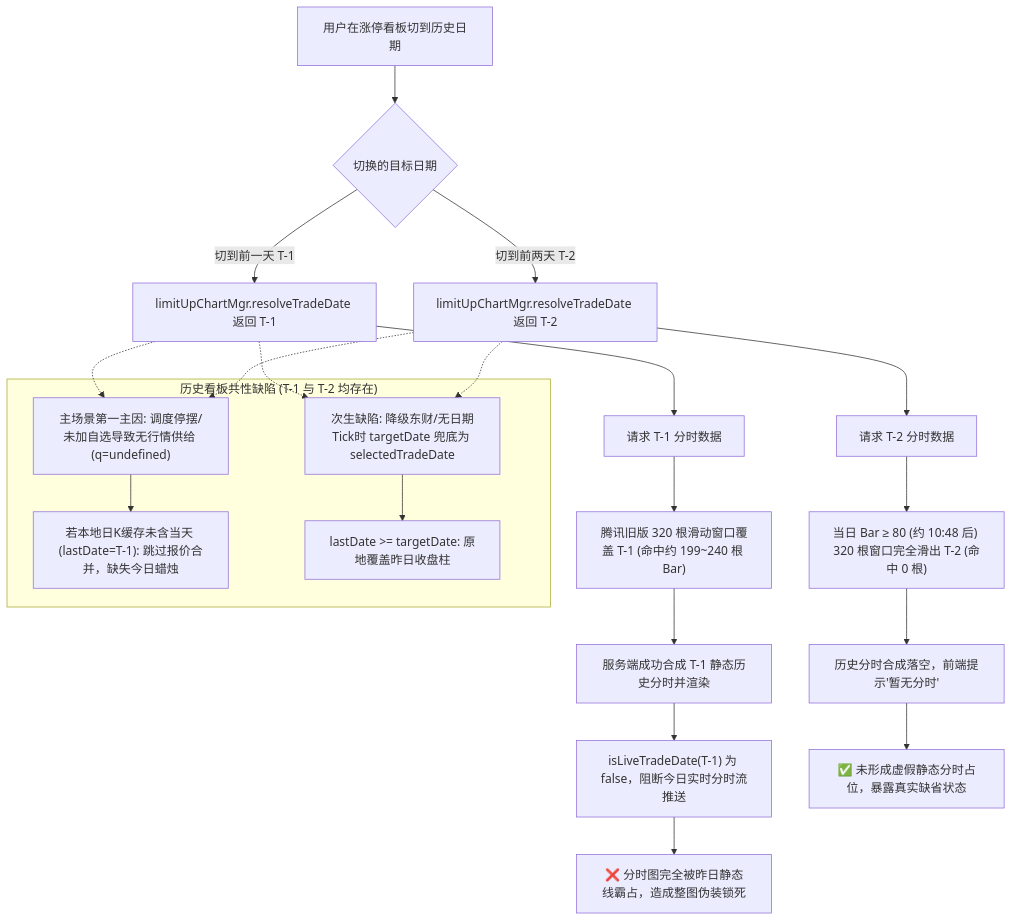
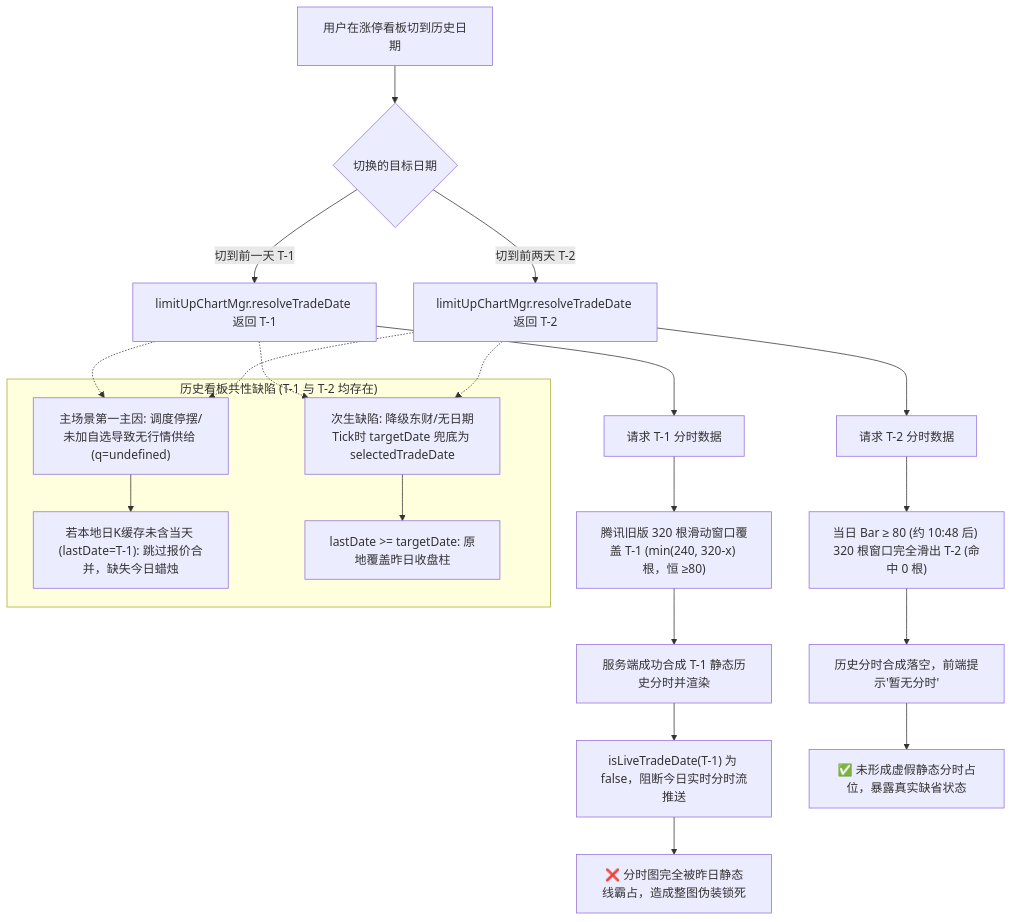
One commit to SeptYagu/market-voice-alert changed the diagram in docs/handoff/2026-09-14-limit-up-chart-date-flip-investigation-and-resolution-handoff.md. Above: the diagram before and after it, drawn with Mermaid. The commit also changed other lines of this file and 2 other files, not shown here.

````diff
--- a/docs/handoff/2026-09-14-limit-up-chart-date-flip-investigation-and-resolution-handoff.md
+++ b/docs/handoff/2026-09-14-limit-up-chart-date-flip-investigation-and-resolution-handoff.md
@@ -16,28 +16,28 @@
 ```mermaid
 flowchart TD
     A["用户在涨停看板切到历史日期"] --> B{"切换的目标日期"}
     B -->|切到前一天 T-1| C["limitUpChartMgr.resolveTradeDate 返回 T-1"]
     B -->|切到前两天 T-2| D["limitUpChartMgr.resolveTradeDate 返回 T-2"]
     
     C --> E["请求 T-1 分时数据"]
-    E --> F["腾讯旧版 320 根滑动窗口覆盖 T-1 (命中约 199~240 根 Bar)"]
+    E --> F["腾讯旧版 320 根滑动窗口覆盖 T-1 (min(240, 320-x) 根，恒 ≥80)"]
     F --> G["服务端成功合成 T-1 静态历史分时并渲染"]
     G --> H["isLiveTradeDate(T-1) 为 false，阻断今日实时分时流推送"]
     H --> I["❌ 分时图完全被昨日静态线霸占，造成整图伪装锁死"]
 
     D --> J["请求 T-2 分时数据"]
     J --> K["当日 Bar ≥ 80 (约 10:48 后) 320 根窗口完全滑出 T-2 (命中 0 根)"]
     K --> L["历史分时合成落空，前端提示'暂无分时'"]
     L --> M["✅ 未形成虚假静态分时占位，暴露真实缺省状态"]
 
     subgraph 共性缺陷["历史看板共性缺陷 (T-1 与 T-2 均存在)"]
         N1["主场景第一主因: 调度停摆/未加自选导致无行情供给 (q=undefined)"]
         N1 --> O1["若本地日K缓存未含当天 (lastDate=T-1): 跳过报价合并，缺失今日蜡烛"]
         N2["次生缺陷: 降级东财/无日期Tick时 targetDate 兜底为 selectedTradeDate"]
         N2 --> O2["lastDate >= targetDate: 原地覆盖昨日收盘柱"]
     end
     C -.-> N1
     D -.-> N1
     C -.-> N2
     D -.-> N2
 ```
````
